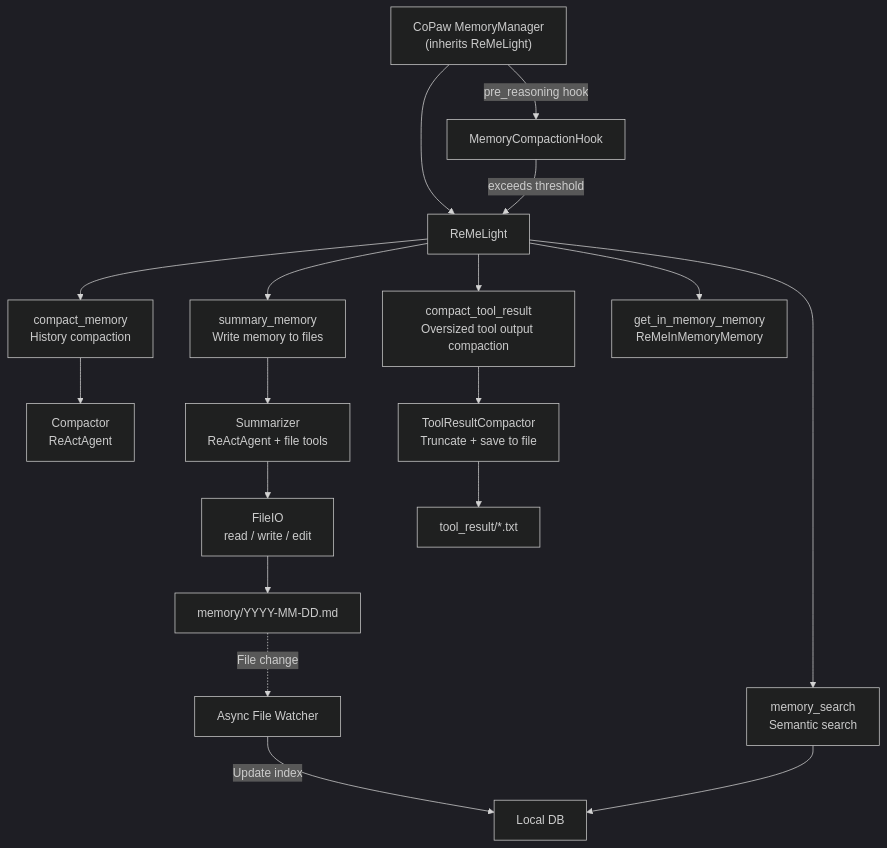
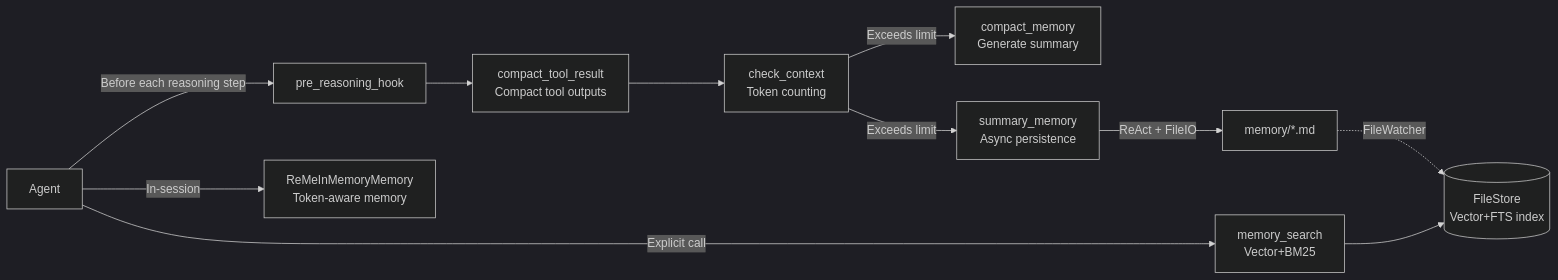
One commit to lllyyysss77/ReMe changed the first of 9 diagrams in README.md. Above: the diagram before and after it, drawn with Mermaid (dark theme). The commit also changed other lines of this file and 106 other files, not shown here.

First line of the commit message:
feat(memory): add ContextChecker component for context size management (#144)

````diff
--- a/README.md
+++ b/README.md
@@ -180,20 +180,13 @@
 ```mermaid
-graph TB
-    CoPaw["CoPaw MemoryManager<br>(inherits ReMeLight)"] -->|pre_reasoning hook| Hook[MemoryCompactionHook]
-    CoPaw --> ReMeLight[ReMeLight]
-    Hook -->|exceeds threshold| ReMeLight
-    ReMeLight --> CompactMemory[compact_memory<br>History compaction]
-    ReMeLight --> SummaryMemory[summary_memory<br>Write memory to files]
-    ReMeLight --> CompactToolResult[compact_tool_result<br>Oversized tool output compaction]
-    ReMeLight --> MemSearch[memory_search<br>Semantic search]
-    ReMeLight --> InMemory[get_in_memory_memory<br>ReMeInMemoryMemory]
-    CompactMemory --> Compactor[Compactor<br>ReActAgent]
-    SummaryMemory --> Summarizer[Summarizer<br>ReActAgent + file tools]
-    CompactToolResult --> ToolResultCompactor[ToolResultCompactor<br>Truncate + save to file]
-    Summarizer --> FileIO[FileIO<br>read / write / edit]
-    FileIO --> MemoryFiles[memory/YYYY-MM-DD.md]
-    ToolResultCompactor --> ToolResultFiles[tool_result/*.txt]
-    MemoryFiles -.->|File change| FileWatcher[Async File Watcher]
-    FileWatcher -->|Update index| FileStore[Local DB]
-    MemSearch --> FileStore
+graph LR
+    Agent[Agent] -->|Before each reasoning step| Hook[pre_reasoning_hook]
+    Hook --> TC[compact_tool_result<br>Compact tool outputs]
+    TC --> CC[check_context<br>Token counting]
+    CC -->|Exceeds limit| CM[compact_memory<br>Generate summary]
+    CC -->|Exceeds limit| SM[summary_memory<br>Async persistence]
+    SM -->|ReAct + FileIO| Files[memory/*.md]
+    Agent -->|Explicit call| Search[memory_search<br>Vector+BM25]
+    Agent -->|In-session| InMem[ReMeInMemoryMemory<br>Token-aware memory]
+    Files -.->|FileWatcher| Store[(FileStore<br>Vector+FTS index)]
+    Search --> Store
 ```
````
